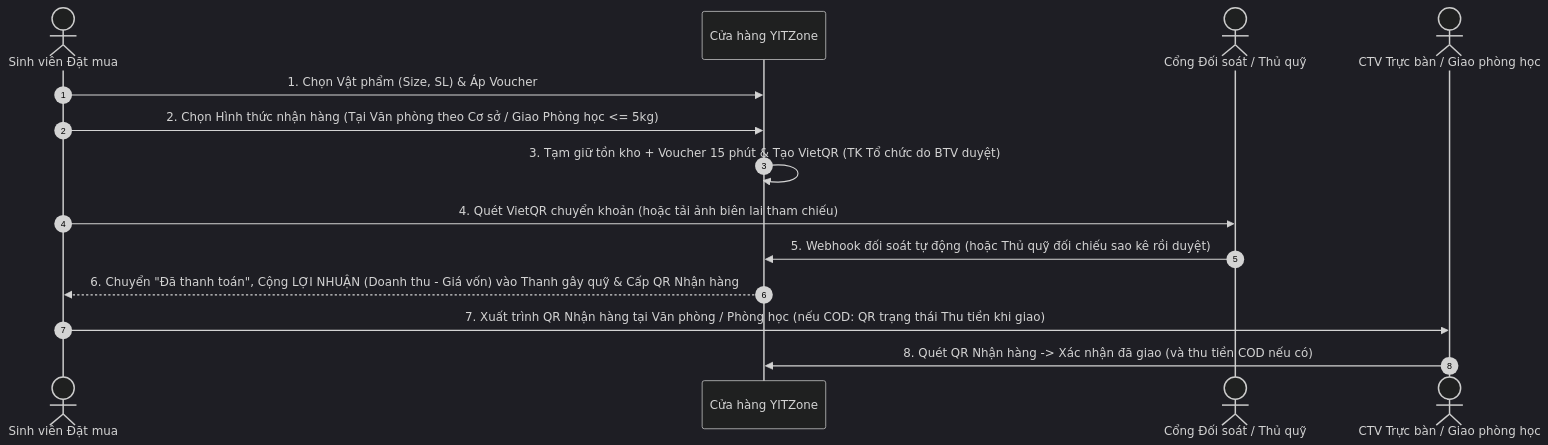
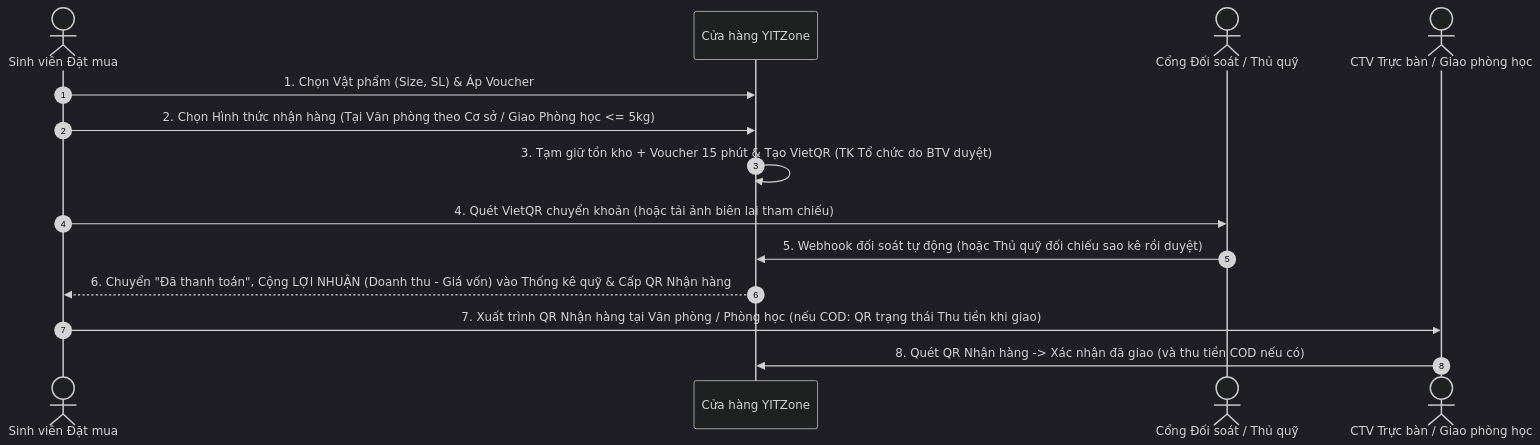
Before and after one commit to tuong149/YITZone: the eighth of 18 diagrams in document/SRS_YITZone.md, drawn with Mermaid (dark theme). The commit also changed other lines of this file and 392 other files, not shown here.

````diff
--- a/document/SRS_YITZone.md
+++ b/document/SRS_YITZone.md
@@ -528,17 +545,17 @@
 ```mermaid
 sequenceDiagram
     autonumber
     actor SV as Sinh viên Đặt mua
     participant System as Cửa hàng YITZone
     actor Bank as Cổng Đối soát / Thủ quỹ
     actor Staff as CTV Trực bàn / Giao phòng học
 
     SV->>System: 1. Chọn Vật phẩm (Size, SL) & Áp Voucher
     SV->>System: 2. Chọn Hình thức nhận hàng (Tại Văn phòng theo Cơ sở / Giao Phòng học <= 5kg)
     System->>System: 3. Tạm giữ tồn kho + Voucher 15 phút & Tạo VietQR (TK Tổ chức do BTV duyệt)
     SV->>Bank: 4. Quét VietQR chuyển khoản (hoặc tải ảnh biên lai tham chiếu)
     Bank->>System: 5. Webhook đối soát tự động (hoặc Thủ quỹ đối chiếu sao kê rồi duyệt)
-    System-->>SV: 6. Chuyển "Đã thanh toán", Cộng LỢI NHUẬN (Doanh thu - Giá vốn) vào Thanh gây quỹ & Cấp QR Nhận hàng
+    System-->>SV: 6. Chuyển "Đã thanh toán", Cộng LỢI NHUẬN (Doanh thu - Giá vốn) vào Thống kê quỹ & Cấp QR Nhận hàng
     SV->>Staff: 7. Xuất trình QR Nhận hàng tại Văn phòng / Phòng học (nếu COD: QR trạng thái Thu tiền khi giao)
     Staff->>System: 8. Quét QR Nhận hàng -> Xác nhận đã giao (và thu tiền COD nếu có)
 ```
````
